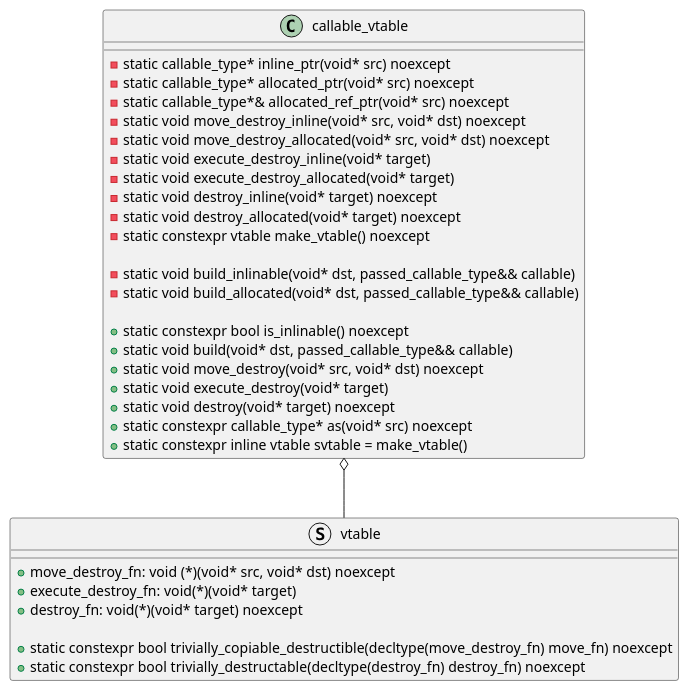
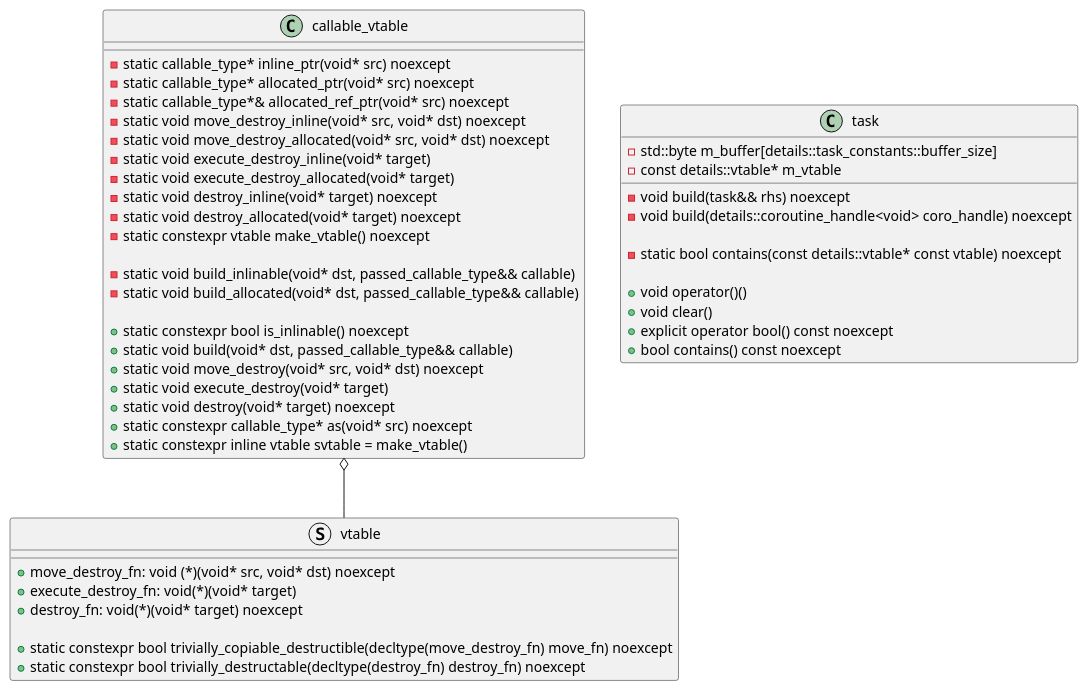
One commit to sgkind/firefly changed diagram 15 of 15 in concurrencpp.md. Above: the diagram before and after it, drawn with PlantUML. The commit also changed other lines of this file, not shown here.

````diff
--- a/concurrencpp.md
+++ b/concurrencpp.md
@@ -605,36 +901,51 @@
 ```plantuml
 struct vtable {
   + move_destroy_fn: void (*)(void* src, void* dst) noexcept
   + execute_destroy_fn: void(*)(void* target)
   + destroy_fn: void(*)(void* target) noexcept
 
   + static constexpr bool trivially_copiable_destructible(decltype(move_destroy_fn) move_fn) noexcept
   + static constexpr bool trivially_destructable(decltype(destroy_fn) destroy_fn) noexcept
 }
 
 class callable_vtable {
   - static callable_type* inline_ptr(void* src) noexcept
   - static callable_type* allocated_ptr(void* src) noexcept
   - static callable_type*& allocated_ref_ptr(void* src) noexcept
   - static void move_destroy_inline(void* src, void* dst) noexcept
   - static void move_destroy_allocated(void* src, void* dst) noexcept
   - static void execute_destroy_inline(void* target)
   - static void execute_destroy_allocated(void* target)
   - static void destroy_inline(void* target) noexcept
   - static void destroy_allocated(void* target) noexcept
   - static constexpr vtable make_vtable() noexcept
 
   - static void build_inlinable(void* dst, passed_callable_type&& callable)
   - static void build_allocated(void* dst, passed_callable_type&& callable)
 
   + static constexpr bool is_inlinable() noexcept
   + static void build(void* dst, passed_callable_type&& callable)
   + static void move_destroy(void* src, void* dst) noexcept
   + static void execute_destroy(void* target)
   + static void destroy(void* target) noexcept
   + static constexpr callable_type* as(void* src) noexcept
   + static constexpr inline vtable svtable = make_vtable()
 }
 
 callable_vtable o-- vtable
+
+class task {
+  - std::byte m_buffer[details::task_constants::buffer_size]
+  - const details::vtable* m_vtable
+
+  - void build(task&& rhs) noexcept
+  - void build(details::coroutine_handle<void> coro_handle) noexcept
+
+  - static bool contains(const details::vtable* const vtable) noexcept
+
+  + void operator()()
+  + void clear()
+  + explicit operator bool() const noexcept
+  + bool contains() const noexcept
+}
 ```
````
